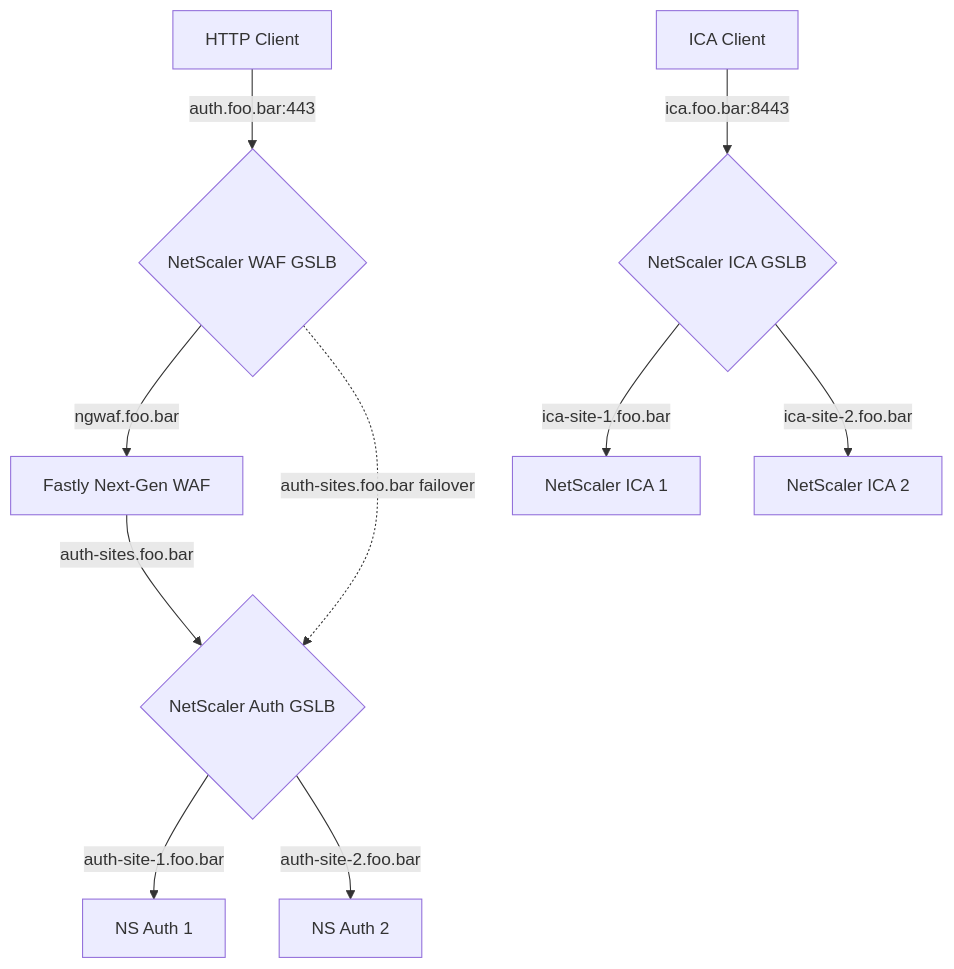
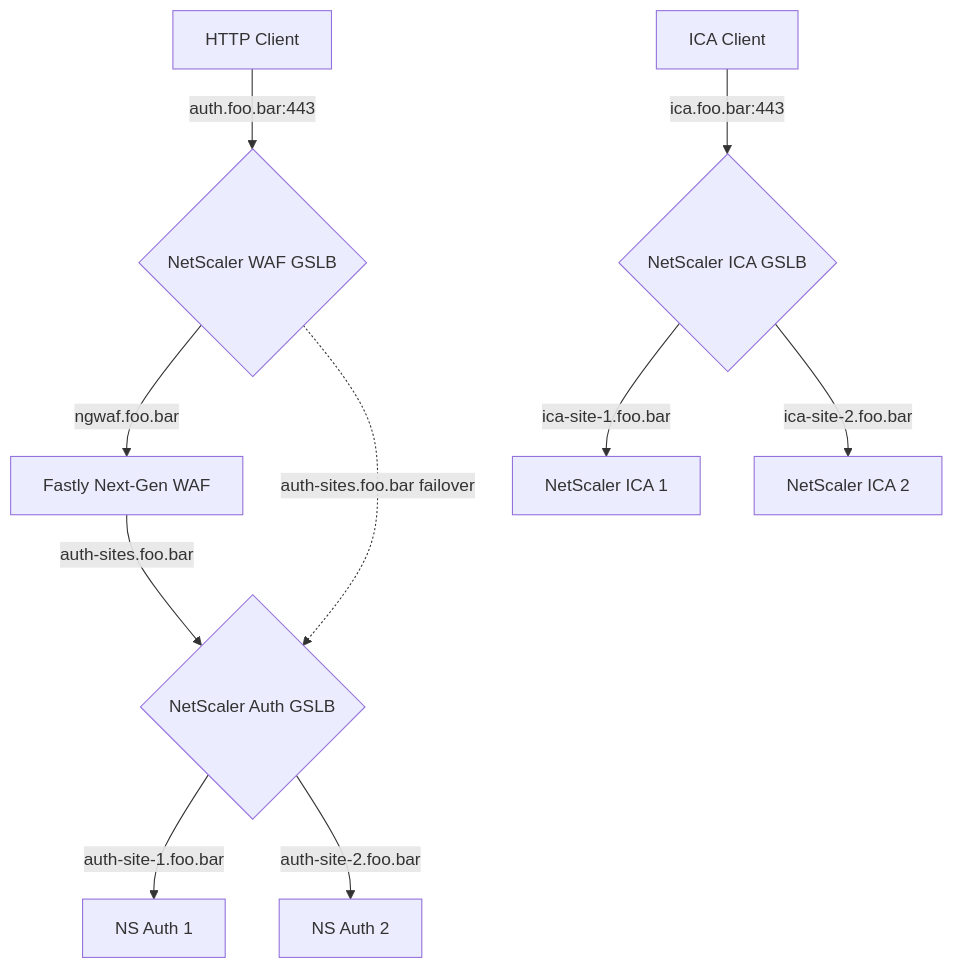
One commit to BrooksCunningham/Fastly-Training-Demos changed the diagram in NetScaler-Gateway-and-GSLB/README.md. Above: the diagram before and after it, drawn with Mermaid.

````diff
--- a/NetScaler-Gateway-and-GSLB/README.md
+++ b/NetScaler-Gateway-and-GSLB/README.md
@@ -5,29 +5,29 @@
 ```mermaid
 flowchart TD
     Client[HTTP Client]
     NS_AUTH_GSLB{NetScaler Auth GSLB}
     NS_AUTH_1[NS Auth 1]
     NS_AUTH_2[NS Auth 2]
     NGWAF[Fastly Next-Gen WAF]
     NS_WAF_GSLB{NetScaler WAF GSLB}
     
     Client --> |auth.foo.bar:443| NS_WAF_GSLB
     NS_WAF_GSLB -->|ngwaf.foo.bar| NGWAF
     NS_WAF_GSLB -.->|auth-sites.foo.bar failover| NS_AUTH_GSLB
     NGWAF -->|auth-sites.foo.bar| NS_AUTH_GSLB
     
     NS_AUTH_GSLB --> |auth-site-1.foo.bar| NS_AUTH_1
     NS_AUTH_GSLB --> |auth-site-2.foo.bar| NS_AUTH_2
 
     
 
     Client_ICA[ICA Client]
     NS_ICA_GSLB{NetScaler ICA GSLB}
     NS_ICA_1[NetScaler ICA 1]
     NS_ICA_2[NetScaler ICA 2]
 
-    Client_ICA -->|ica.foo.bar:8443| NS_ICA_GSLB
+    Client_ICA -->|ica.foo.bar:443| NS_ICA_GSLB
     NS_ICA_GSLB -->|ica-site-1.foo.bar| NS_ICA_1
     NS_ICA_GSLB -->|ica-site-2.foo.bar| NS_ICA_2
 
 ```
````
